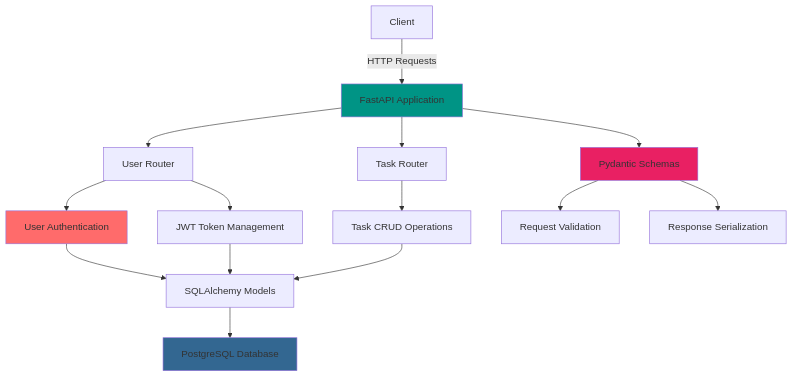
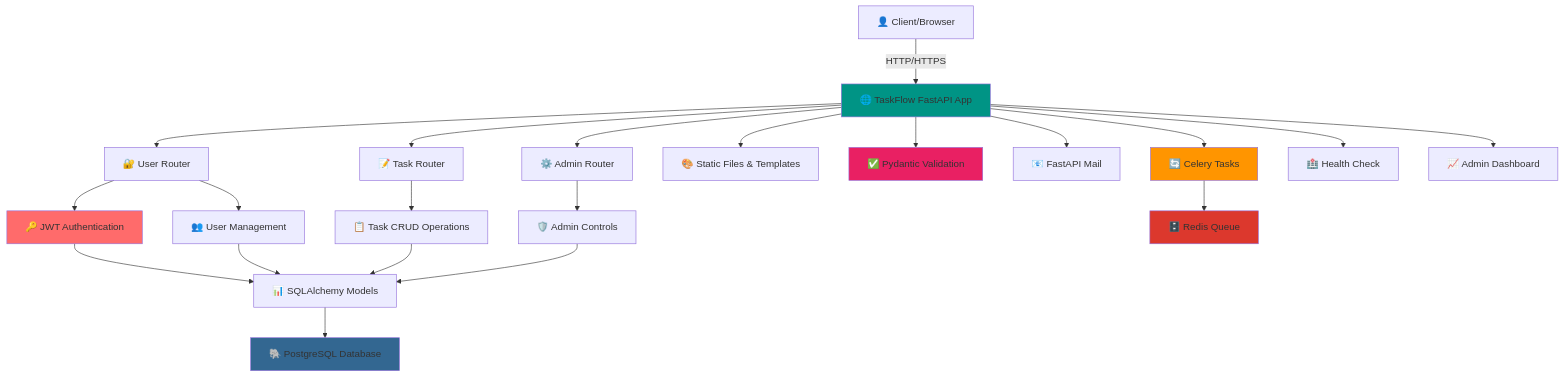
Before and after one commit to NayeemHossenJim/Backend-with-FastAPI: the diagram in README.md, drawn with Mermaid. The commit also changed other lines of this file, not shown here.

````diff
--- a/README.md
+++ b/README.md
@@ -48,25 +76,35 @@
 ```mermaid
 graph TD
-    A[Client] -->|HTTP Requests| B[FastAPI Application]
-    B --> C[User Router]
-    B --> D[Task Router]
+    A[👤 Client/Browser] -->|HTTP/HTTPS| B[🌐 TaskFlow FastAPI App]
+    B --> C[🔐 User Router]
+    B --> D[📝 Task Router] 
+    B --> E[⚙️ Admin Router]
+    B --> F[🎨 Static Files & Templates]
     
-    C --> E[User Authentication]
-    C --> F[JWT Token Management]
-    D --> G[Task CRUD Operations]
+    C --> G[🔑 JWT Authentication]
+    C --> H[👥 User Management]
+    D --> I[📋 Task CRUD Operations]
+    E --> J[🛡️ Admin Controls]
     
-    E --> H[SQLAlchemy Models]
-    F --> H
-    G --> H
+    G --> K[📊 SQLAlchemy Models]
+    H --> K
+    I --> K
+    J --> K
     
-    H --> I[PostgreSQL Database]
+    K --> L[🐘 PostgreSQL Database]
     
-    B --> J[Pydantic Schemas]
-    J --> K[Request Validation]
-    J --> L[Response Serialization]
+    B --> M[✅ Pydantic Validation]
+    B --> N[📧 FastAPI Mail]
+    B --> O[🔄 Celery Tasks]
+    O --> P[🗄️ Redis Queue]
+    
+    B --> Q[🏥 Health Check]
+    B --> R[📈 Admin Dashboard]
     
     style B fill:#009485
-    style I fill:#336791
-    style J fill:#E92063
-    style E fill:#FF6B6B
+    style L fill:#336791
+    style M fill:#E92063
+    style G fill:#FF6B6B
+    style O fill:#FF9500
+    style P fill:#DC382D
 ```
````
